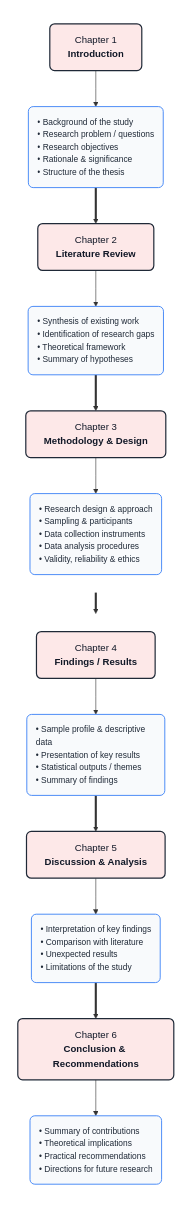
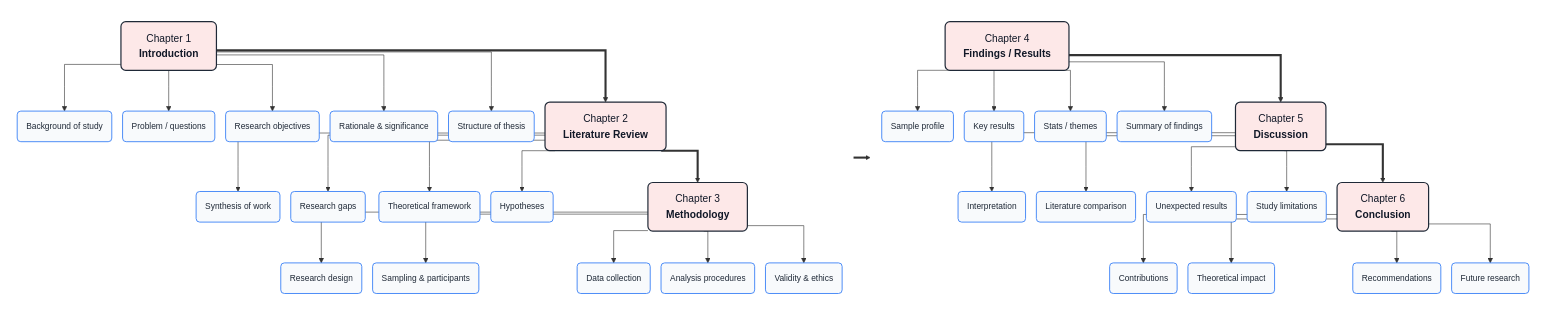
Before and after one commit to Merceline10/My-First_Ever: the diagram in Research Design V2.md, drawn with Mermaid.

Commit message:
Revise flowchart structure and styling in Research Design

````diff
--- a/Research Design V2.md
+++ b/Research Design V2.md
@@ -3,52 +3,80 @@
 ```mermaid
-%%{init: {'flowchart': {'curve': 'stepAfter', 'nodeSpacing': 20, 'rankSpacing': 35}}}%%
-flowchart TD
-    %% Styling with larger, readable fonts
-    classDef chapterBox fill:#fde8e8,stroke:#1f2937,stroke-width:2px,rx:8,ry:8,color:#111827,font-size:16px
-    classDef subBox fill:#f8fafc,stroke:#3b82f6,stroke-width:1.5px,rx:8,ry:8,color:#1f2937,font-size:14px,text-align:left
+%%{init: {'themeVariables': {'fontSize': '16px'}, 'flowchart': {'curve': 'stepAfter', 'nodeSpacing': 18, 'rankSpacing': 28}}}%%
+flowchart LR
+    %% Styling with large, crisp fonts
+    classDef chapterBox fill:#fde8e8,stroke:#1f2937,stroke-width:2px,rx:8,ry:8,color:#111827,font-size:17px
+    classDef subBox fill:#f8fafc,stroke:#3b82f6,stroke-width:1.5px,rx:6,ry:6,color:#1f2937,font-size:14px
 
-    %% ================= LEFT COLUMN (Chapters 1 - 3) =================
-    subgraph LeftCol [" "]
+    %% ==================== COLUMN 1: CHAPTERS 1 - 3 ====================
+    subgraph Col1 [" "]
         direction TB
+        
+        %% Chapter 1
         Ch1["<span style='color:#dc2626;font-weight:bold'>Chapter 1</span><br/><b>Introduction</b>"]:::chapterBox
-        S1("• Background of the study<br/>• Research problem / questions<br/>• Research objectives<br/>• Rationale & significance<br/>• Structure of the thesis"):::subBox
-        Ch1 --> S1
+        C1_1("Background of study"):::subBox
+        C1_2("Problem / questions"):::subBox
+        C1_3("Research objectives"):::subBox
+        C1_4("Rationale & significance"):::subBox
+        C1_5("Structure of thesis"):::subBox
+        Ch1 --> C1_1 & C1_2 & C1_3 & C1_4 & C1_5
 
+        %% Chapter 2
         Ch2["<span style='color:#dc2626;font-weight:bold'>Chapter 2</span><br/><b>Literature Review</b>"]:::chapterBox
-        S2("• Synthesis of existing work<br/>• Identification of research gaps<br/>• Theoretical framework<br/>• Summary of hypotheses"):::subBox
-        Ch2 --> S2
+        C2_1("Synthesis of work"):::subBox
+        C2_2("Research gaps"):::subBox
+        C2_3("Theoretical framework"):::subBox
+        C2_4("Hypotheses"):::subBox
+        Ch2 --> C2_1 & C2_2 & C2_3 & C2_4
 
-        Ch3["<span style='color:#dc2626;font-weight:bold'>Chapter 3</span><br/><b>Methodology & Design</b>"]:::chapterBox
-        S3("• Research design & approach<br/>• Sampling & participants<br/>• Data collection instruments<br/>• Data analysis procedures<br/>• Validity, reliability & ethics"):::subBox
-        Ch3 --> S3
+        %% Chapter 3
+        Ch3["<span style='color:#dc2626;font-weight:bold'>Chapter 3</span><br/><b>Methodology</b>"]:::chapterBox
+        C3_1("Research design"):::subBox
+        C3_2("Sampling & participants"):::subBox
+        C3_3("Data collection"):::subBox
+        C3_4("Analysis procedures"):::subBox
+        C3_5("Validity & ethics"):::subBox
+        Ch3 --> C3_1 & C3_2 & C3_3 & C3_4 & C3_5
 
-        S1 ==> Ch2
-        S2 ==> Ch3
+        %% Vertical flow down Column 1
+        Ch1 ==> Ch2 ==> Ch3
     end
 
-    %% ================= RIGHT COLUMN (Chapters 4 - 6) =================
-    subgraph RightCol [" "]
+    %% ==================== COLUMN 2: CHAPTERS 4 - 6 ====================
+    subgraph Col2 [" "]
         direction TB
+
+        %% Chapter 4
         Ch4["<span style='color:#dc2626;font-weight:bold'>Chapter 4</span><br/><b>Findings / Results</b>"]:::chapterBox
-        S4("• Sample profile & descriptive data<br/>• Presentation of key results<br/>• Statistical outputs / themes<br/>• Summary of findings"):::subBox
-        Ch4 --> S4
+        C4_1("Sample profile"):::subBox
+        C4_2("Key results"):::subBox
+        C4_3("Stats / themes"):::subBox
+        C4_4("Summary of findings"):::subBox
+        Ch4 --> C4_1 & C4_2 & C4_3 & C4_4
 
-        Ch5["<span style='color:#dc2626;font-weight:bold'>Chapter 5</span><br/><b>Discussion & Analysis</b>"]:::chapterBox
-        S5("• Interpretation of key findings<br/>• Comparison with literature<br/>• Unexpected results<br/>• Limitations of the study"):::subBox
-        Ch5 --> S5
+        %% Chapter 5
+        Ch5["<span style='color:#dc2626;font-weight:bold'>Chapter 5</span><br/><b>Discussion</b>"]:::chapterBox
+        C5_1("Interpretation"):::subBox
+        C5_2("Literature comparison"):::subBox
+        C5_3("Unexpected results"):::subBox
+        C5_4("Study limitations"):::subBox
+        Ch5 --> C5_1 & C5_2 & C5_3 & C5_4
 
-        Ch6["<span style='color:#dc2626;font-weight:bold'>Chapter 6</span><br/><b>Conclusion & Recommendations</b>"]:::chapterBox
-        S6("• Summary of contributions<br/>• Theoretical implications<br/>• Practical recommendations<br/>• Directions for future research"):::subBox
-        Ch6 --> S6
+        %% Chapter 6
+        Ch6["<span style='color:#dc2626;font-weight:bold'>Chapter 6</span><br/><b>Conclusion</b>"]:::chapterBox
+        C6_1("Contributions"):::subBox
+        C6_2("Theoretical impact"):::subBox
+        C6_3("Recommendations"):::subBox
+        C6_4("Future research"):::subBox
+        Ch6 --> C6_1 & C6_2 & C6_3 & C6_4
 
-        S4 ==> Ch5
-        S5 ==> Ch6
+        %% Vertical flow down Column 2
+        Ch4 ==> Ch5 ==> Ch6
     end
 
-    %% ================= BRIDGE BETWEEN COLUMNS =================
-    S3 ==> Ch4
+    %% ==================== LINK COLUMN 1 TO COLUMN 2 ====================
+    Ch3 ==> Ch4
 
-    %% Hide subgraph borders so only the chapter cards appear
-    style LeftCol fill:transparent,stroke:none
-    style RightCol fill:transparent,stroke:none
+    %% Transparent containers
+    style Col1 fill:transparent,stroke:none
+    style Col2 fill:transparent,stroke:none
 ```
````
